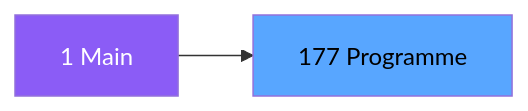
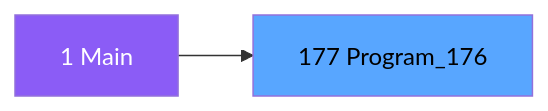
One commit to thonyAGP/magic-migration changed the second of 3 diagrams in .openspec/specs/ADH-IDE-177.md. Above: the diagram before and after it, drawn with Mermaid. The commit also changed other lines of this file and 323 other files, not shown here.

````diff
--- a/.openspec/specs/ADH-IDE-177.md
+++ b/.openspec/specs/ADH-IDE-177.md
@@ -98,8 +105,8 @@
 ```mermaid
 graph LR
     M[1 Main]
-    T[177 Programme]
+    T[177 Program_176]
     M --> T
     style M fill:#8b5cf6,color:#fff
     style T fill:#58a6ff,color:#000
 ```
````
